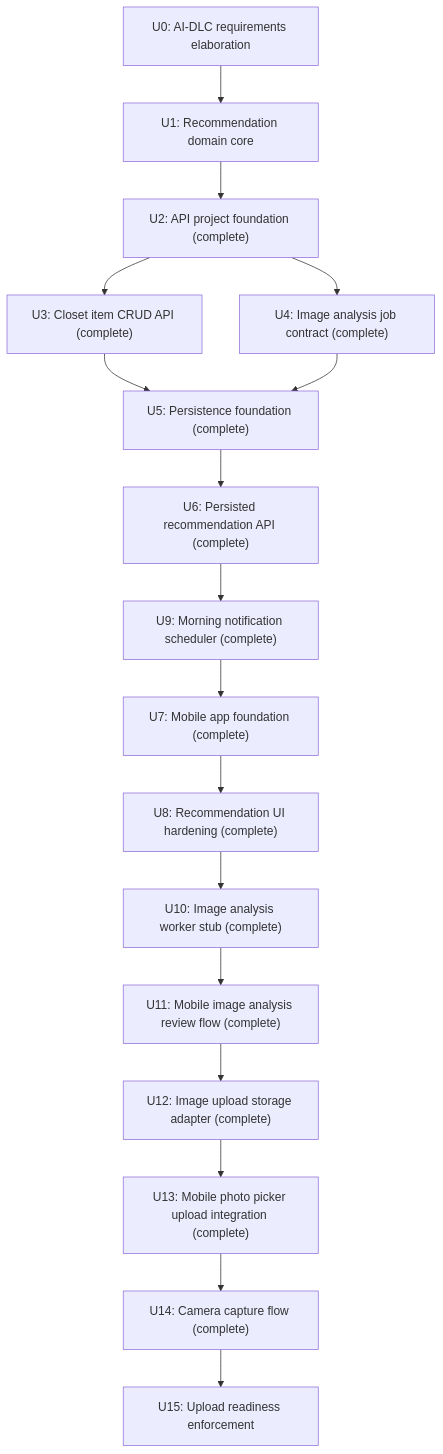
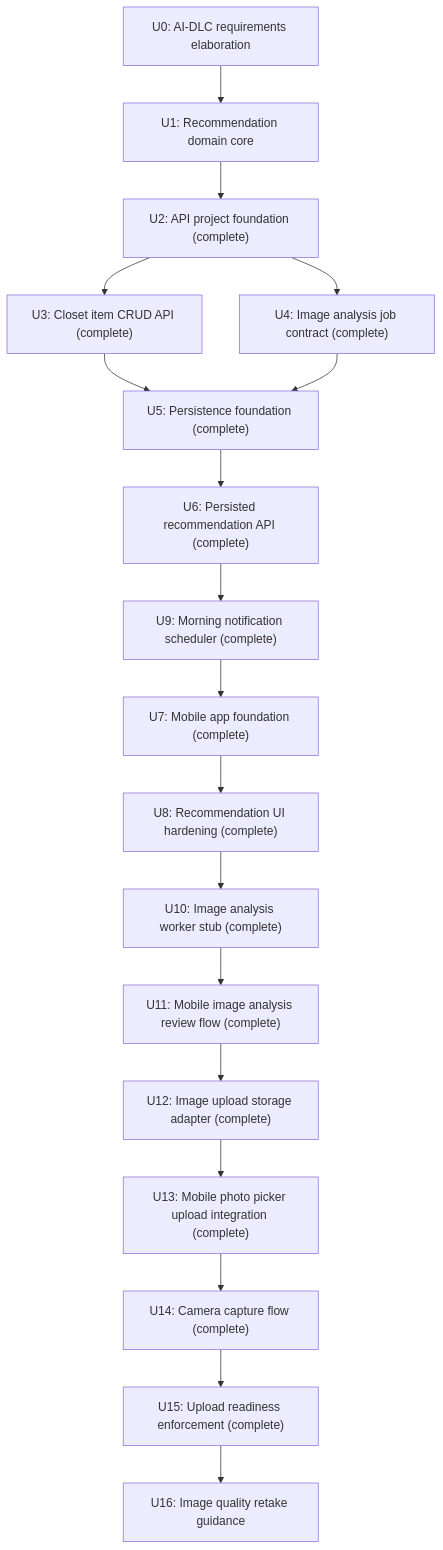
The diagram in requirements/ai_dlc/00_intent.md (idealization/Fitlog), drawn with Mermaid before and after one commit. The commit also changed other lines of this file and 12 other files, not shown here.

Commit message:
Add upload readiness enforcement

````diff
--- a/requirements/ai_dlc/00_intent.md
+++ b/requirements/ai_dlc/00_intent.md
@@ -30,19 +30,20 @@
 ```mermaid
 flowchart TD
     U0["U0: AI-DLC requirements elaboration"] --> U1["U1: Recommendation domain core"]
     U1 --> U2["U2: API project foundation (complete)"]
     U2 --> U3["U3: Closet item CRUD API (complete)"]
     U2 --> U4["U4: Image analysis job contract (complete)"]
     U3 --> U5["U5: Persistence foundation (complete)"]
     U4 --> U5
     U5 --> U6["U6: Persisted recommendation API (complete)"]
     U6 --> U9["U9: Morning notification scheduler (complete)"]
     U9 --> U7["U7: Mobile app foundation (complete)"]
     U7 --> U8["U8: Recommendation UI hardening (complete)"]
     U8 --> U10["U10: Image analysis worker stub (complete)"]
     U10 --> U11["U11: Mobile image analysis review flow (complete)"]
     U11 --> U12["U12: Image upload storage adapter (complete)"]
     U12 --> U13["U13: Mobile photo picker upload integration (complete)"]
     U13 --> U14["U14: Camera capture flow (complete)"]
-    U14 --> U15["U15: Upload readiness enforcement"]
+    U14 --> U15["U15: Upload readiness enforcement (complete)"]
+    U15 --> U16["U16: Image quality retake guidance"]
 ```
````
